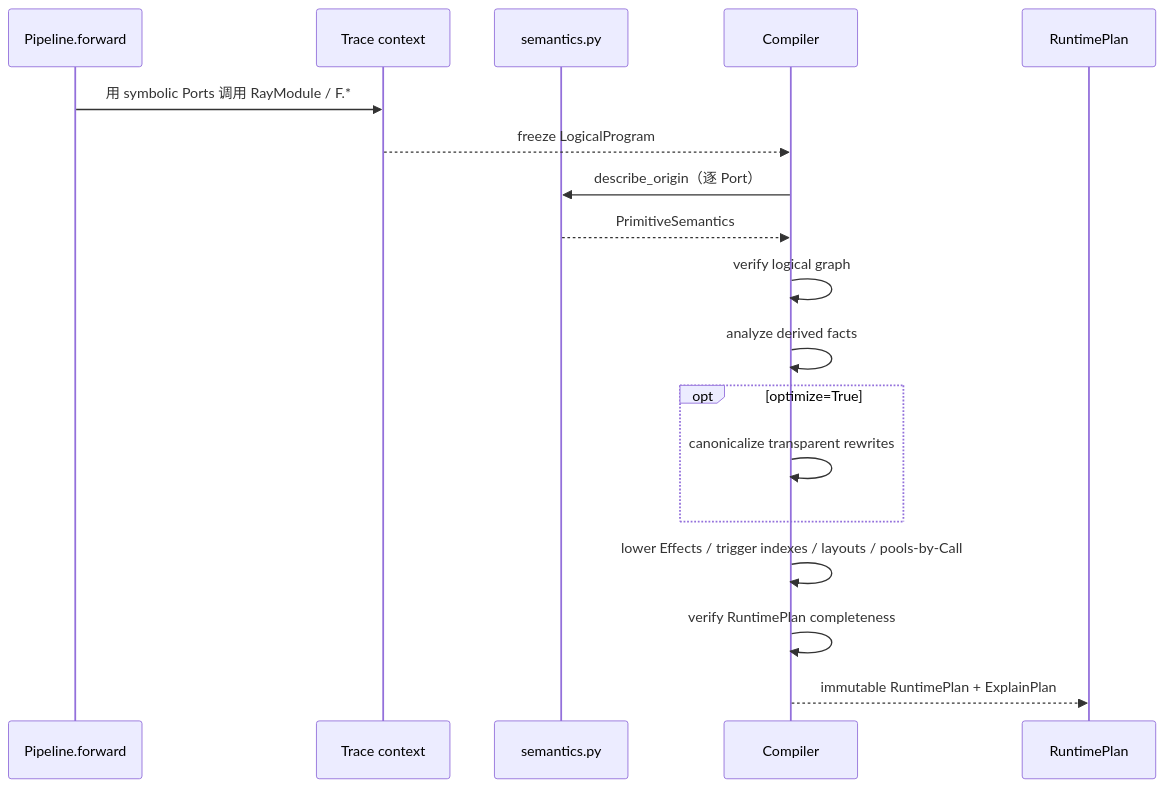
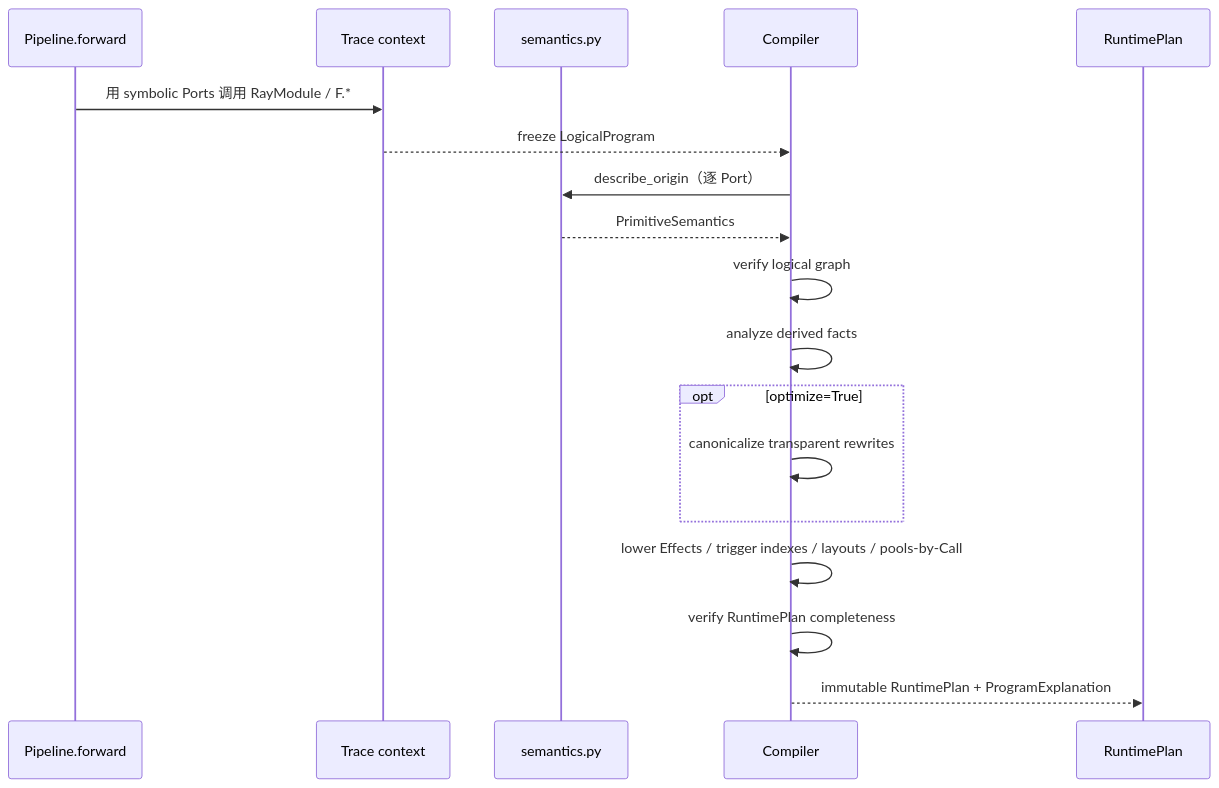
One commit to OpenDCAI/RayOrch changed the fourth of 16 diagrams in docs/multigrain_v3_6_tutorial.md. Above: the diagram before and after it, drawn with Mermaid. The commit also changed other lines of this file and 38 other files, not shown here.

Commit message:
feat(v3.6): unify architecture vocabulary and state ownership

````diff
--- a/docs/multigrain_v3_6_tutorial.md
+++ b/docs/multigrain_v3_6_tutorial.md
@@ -716,21 +735,21 @@
 ```mermaid
 sequenceDiagram
     participant P as Pipeline.forward
     participant T as Trace context
     participant S as semantics.py
     participant C as Compiler
     participant R as RuntimePlan
 
     P->>T: 用 symbolic Ports 调用 RayModule / F.*
     T-->>C: freeze LogicalProgram
     C->>S: describe_origin（逐 Port）
     S-->>C: PrimitiveSemantics
     C->>C: verify logical graph
     C->>C: analyze derived facts
     opt optimize=True
         C->>C: canonicalize transparent rewrites
     end
     C->>C: lower Effects / trigger indexes / layouts / pools-by-Call
     C->>C: verify RuntimePlan completeness
-    C-->>R: immutable RuntimePlan + ExplainPlan
+    C-->>R: immutable RuntimePlan + ProgramExplanation
 ```
````
